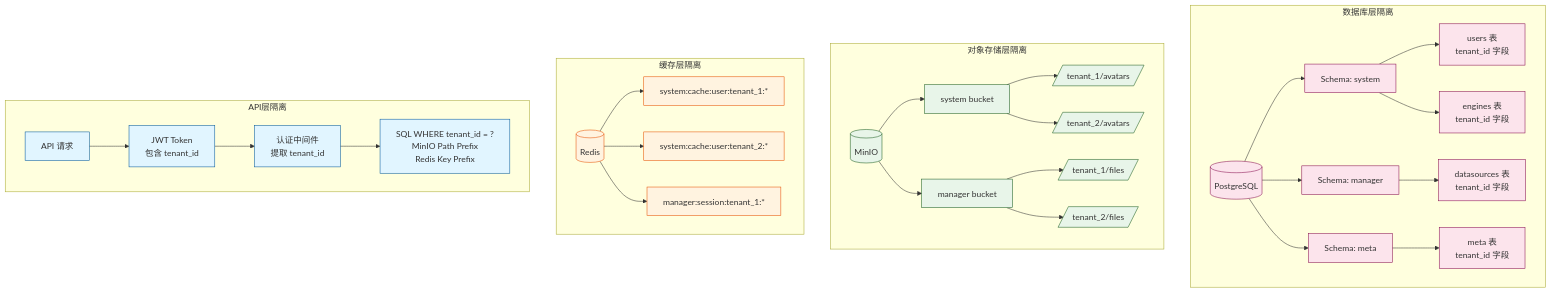
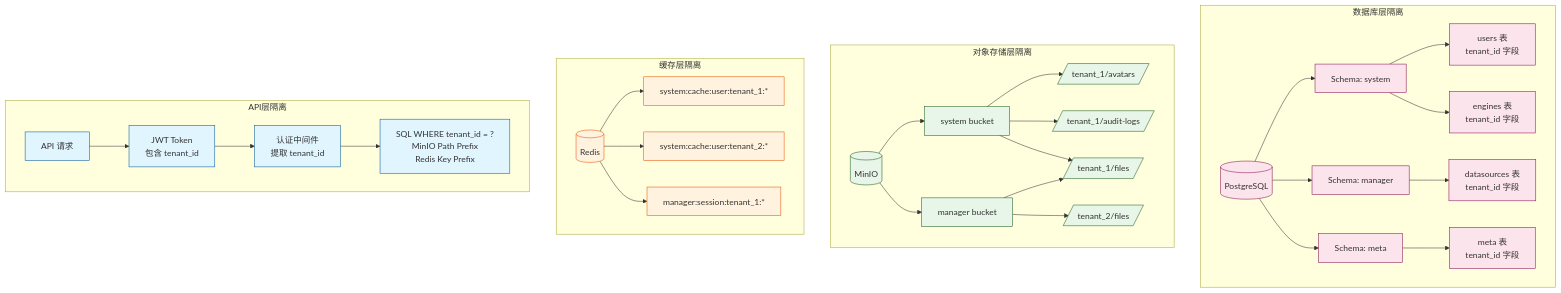
Before and after one commit to pampa0629/addp: the second of 3 diagrams in docs/concepts/addp账号与权限体系图.md, drawn with Mermaid. The commit also changed other lines of this file and 402 other files, not shown here.

````diff
--- a/docs/concepts/addp账号与权限体系图.md
+++ b/docs/concepts/addp账号与权限体系图.md
@@ -85,56 +85,57 @@
 ```mermaid
 graph TB
     subgraph "数据库层隔离"
         DB[(PostgreSQL)]
 
         DB --> Schema1[Schema: system]
         DB --> Schema2[Schema: manager]
         DB --> Schema3[Schema: meta]
 
         Schema1 --> Users[users 表<br/>tenant_id 字段]
         Schema1 --> Engines[engines 表<br/>tenant_id 字段]
 
         Schema2 --> Datasources[datasources 表<br/>tenant_id 字段]
 
         Schema3 --> Metadata[meta 表<br/>tenant_id 字段]
     end
 
     subgraph "对象存储层隔离"
         MinIO[(MinIO)]
 
         MinIO --> Bucket1[system bucket]
         MinIO --> Bucket2[manager bucket]
 
         Bucket1 --> Path1[/tenant_1/avatars/]
-        Bucket1 --> Path2[/tenant_2/avatars/]
+        Bucket1 --> Path2[/tenant_1/audit-logs/]
+        Bucket1 --> Path3[/tenant_0/audit-logs/]
 
         Bucket2 --> Path3[/tenant_1/files/]
         Bucket2 --> Path4[/tenant_2/files/]
     end
 
     subgraph "缓存层隔离"
         Redis[(Redis)]
 
         Redis --> Key1[system:cache:user:tenant_1:*]
         Redis --> Key2[system:cache:user:tenant_2:*]
         Redis --> Key3[manager:session:tenant_1:*]
     end
 
     subgraph "API层隔离"
         API[API 请求]
 
         API --> JWT[JWT Token<br/>包含 tenant_id]
         JWT --> Middleware[认证中间件<br/>提取 tenant_id]
         Middleware --> Query[SQL WHERE tenant_id = ?<br/>MinIO Path Prefix<br/>Redis Key Prefix]
     end
 
     classDef db fill:#fce4ec,stroke:#880e4f
     classDef storage fill:#e8f5e9,stroke:#1b5e20
     classDef cache fill:#fff3e0,stroke:#e65100
     classDef api fill:#e1f5ff,stroke:#01579b
 
     class DB,Schema1,Schema2,Schema3,Users,Engines,Datasources,Metadata db
     class MinIO,Bucket1,Bucket2,Path1,Path2,Path3,Path4 storage
     class Redis,Key1,Key2,Key3 cache
     class API,JWT,Middleware,Query api
 ```
````
